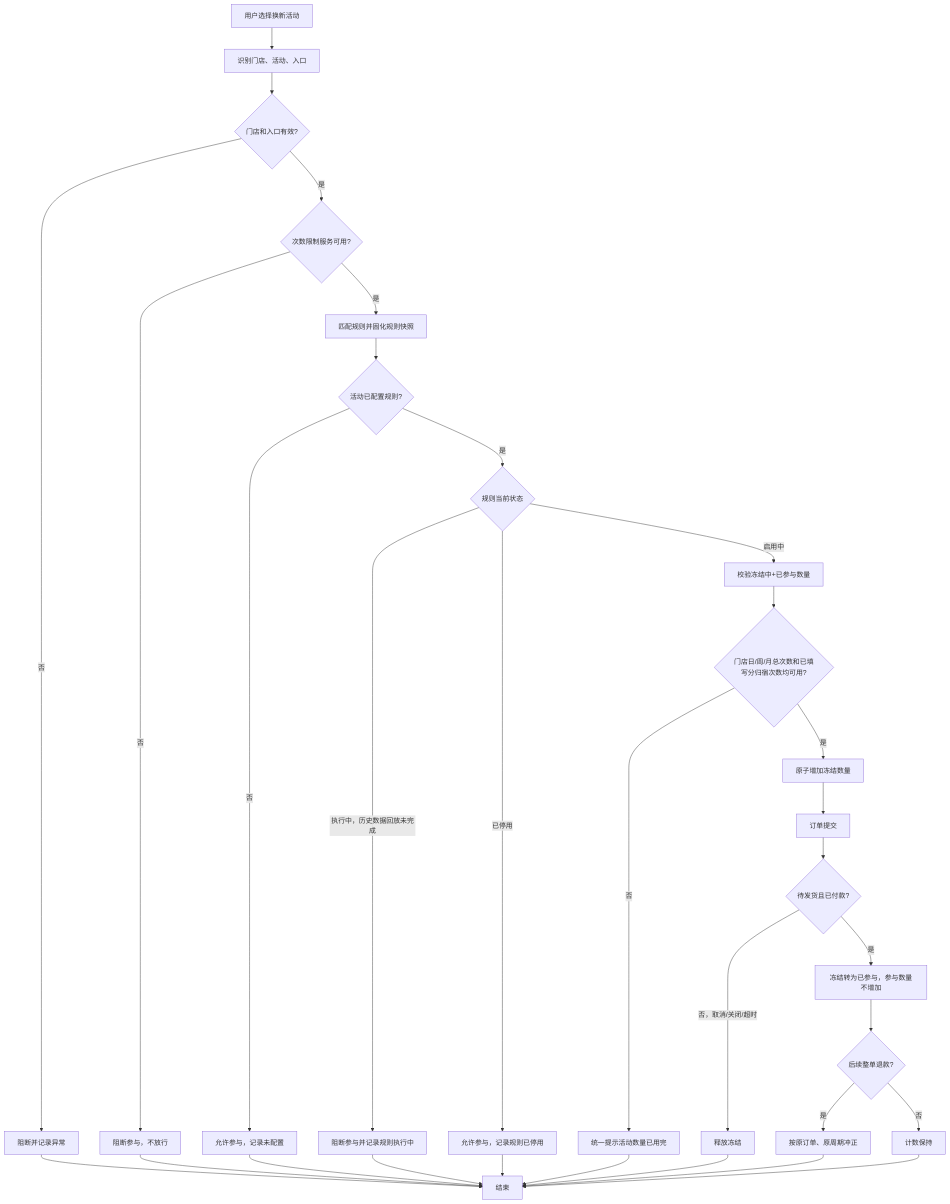
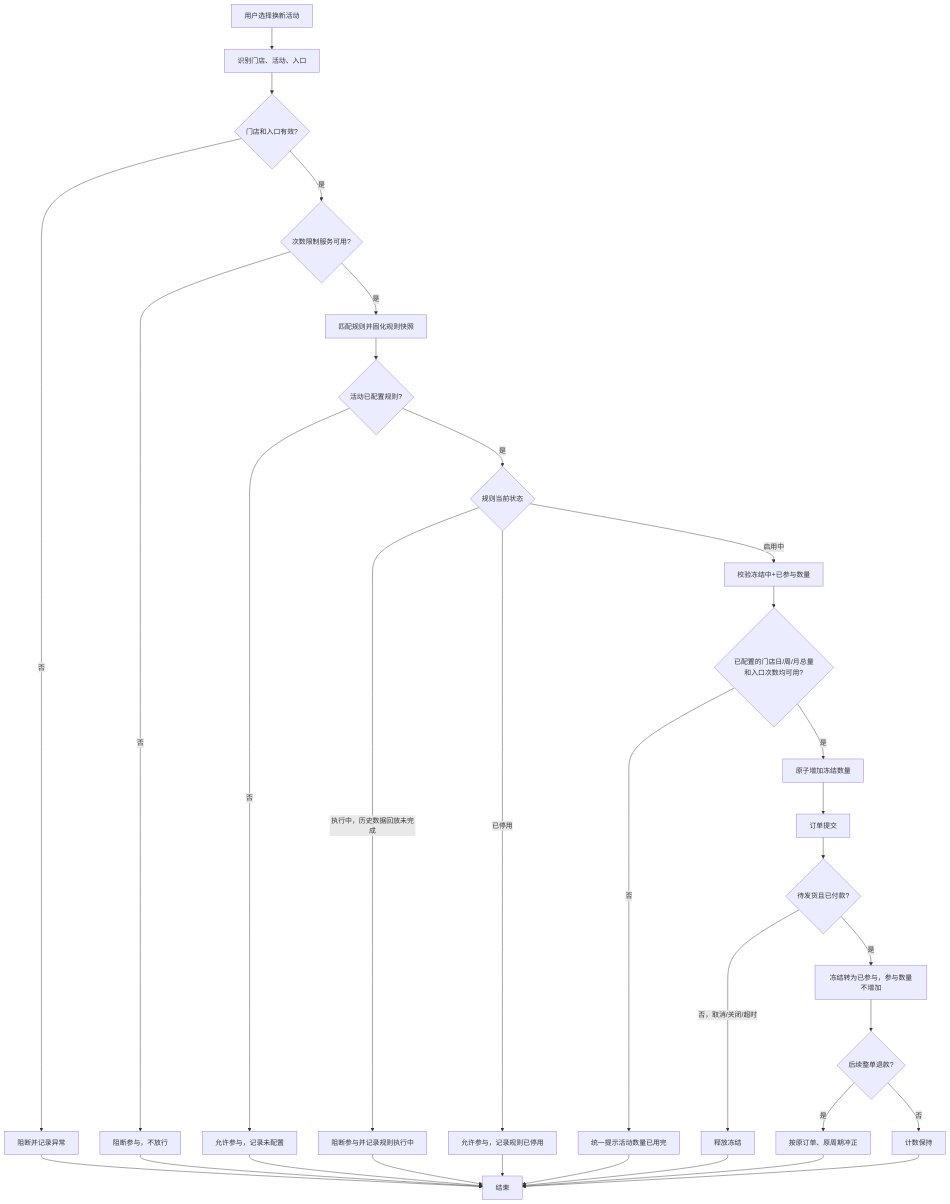
The diagram in prd.md (HBicon/renewal-activity-quota-review), drawn with Mermaid before and after one commit. The commit also changed other lines of this file and 6 other files, not shown here.

````diff
--- a/prd.md
+++ b/prd.md
@@ -550,34 +560,34 @@
 ```mermaid
 flowchart TD
     A[用户选择换新活动] --> B[识别门店、活动、入口]
     B --> C{门店和入口有效?}
     C -- 否 --> C1[阻断并记录异常]
     C -- 是 --> D{次数限制服务可用?}
     D -- 否 --> D1[阻断参与，不放行]
     D -- 是 --> E[匹配规则并固化规则快照]
     E --> F{活动已配置规则?}
     F -- 否 --> F1[允许参与，记录未配置]
     F -- 是 --> F0{规则当前状态}
     F0 -- 执行中，历史数据回放未完成 --> F5[阻断参与并记录规则执行中]
     F0 -- 已停用 --> F1A[允许参与，记录规则已停用]
     F0 -- 启用中 --> G[校验冻结中+已参与数量]
-    G --> H{门店日/周/月总次数和已填写分归宿次数均可用?}
+    G --> H{已配置的门店日/周/月总量和入口次数均可用?}
     H -- 否 --> H1[统一提示活动数量已用完]
     H -- 是 --> I[原子增加冻结数量]
     I --> J[订单提交]
     J --> K{待发货且已付款?}
     K -- 否，取消/关闭/超时 --> L[释放冻结]
     K -- 是 --> M[冻结转为已参与，参与数量不增加]
     M --> N{后续整单退款?}
     N -- 是 --> O[按原订单、原周期冲正]
     N -- 否 --> P[计数保持]
     L --> Q[结束]
     H1 --> Q
     C1 --> Q
     F1 --> Q
     F1A --> Q
     F5 --> Q
     D1 --> Q
     O --> Q
     P --> Q
 ```
````
